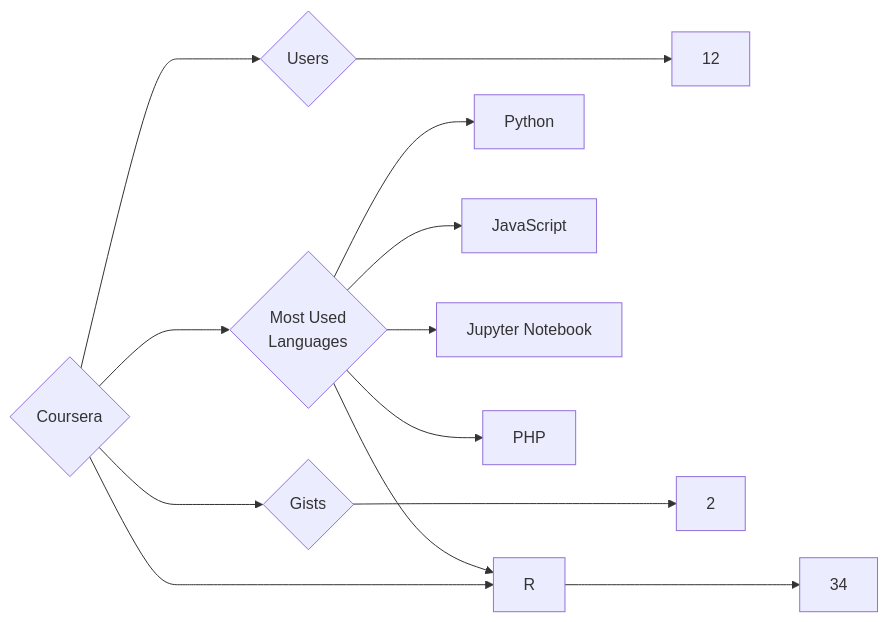
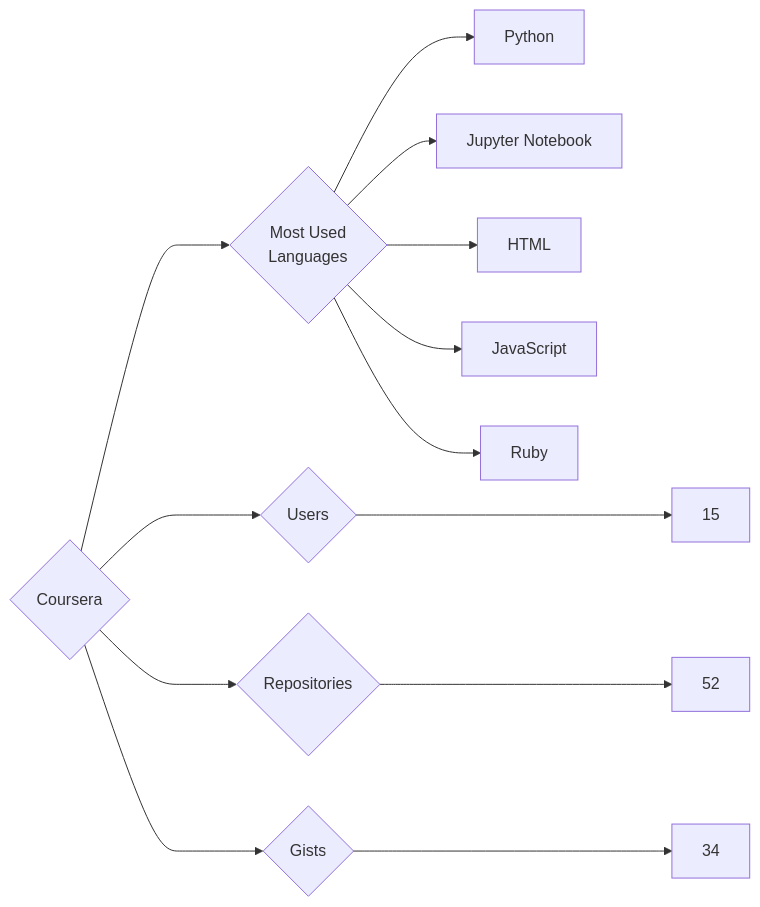
One commit to trickest/insiders changed the diagram in targets/Coursera/README.md. Above: the diagram before and after it, drawn with Mermaid. The commit also changed 718 other files, not shown here.

````diff
--- a/targets/Coursera/README.md
+++ b/targets/Coursera/README.md
@@ -3,13 +3,13 @@
 ```mermaid
 graph LR
 COMPANY_NAME{Coursera}
-COMPANY_NAME ---> U{Users} ---> UN[12]
-COMPANY_NAME ---> R{Repositories} ---> RN[34]
-COMPANY_NAME ---> G{Gists} ---> GN[2]
+COMPANY_NAME ---> U{Users} ---> UN[15]
+COMPANY_NAME ---> R{Repositories} ---> RN[52]
+COMPANY_NAME ---> G{Gists} ---> GN[34]
 COMPANY_NAME ---> ML{Most Used<br>Languages}
 ML --> Python[Python]
+ML --> Jupyter_Notebook[Jupyter Notebook]
+ML --> HTML[HTML]
 ML --> JavaScript[JavaScript]
-ML --> Jupyter_Notebook[Jupyter Notebook]
-ML --> R[R]
-ML --> PHP[PHP]
+ML --> Ruby[Ruby]
 ```
````
